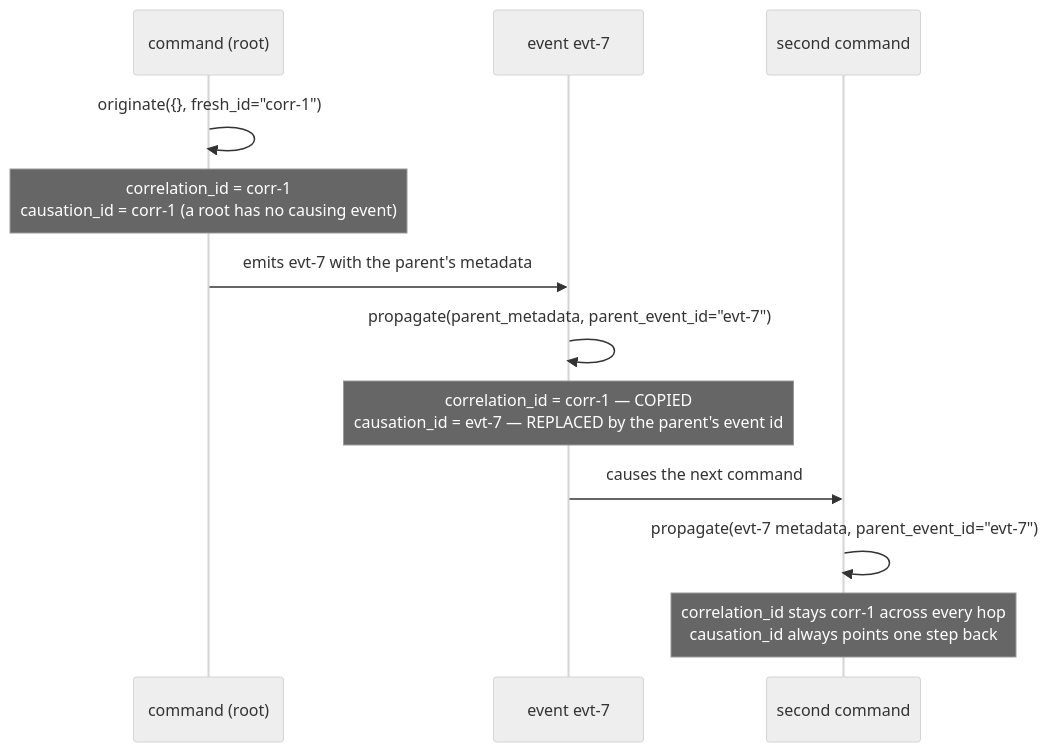
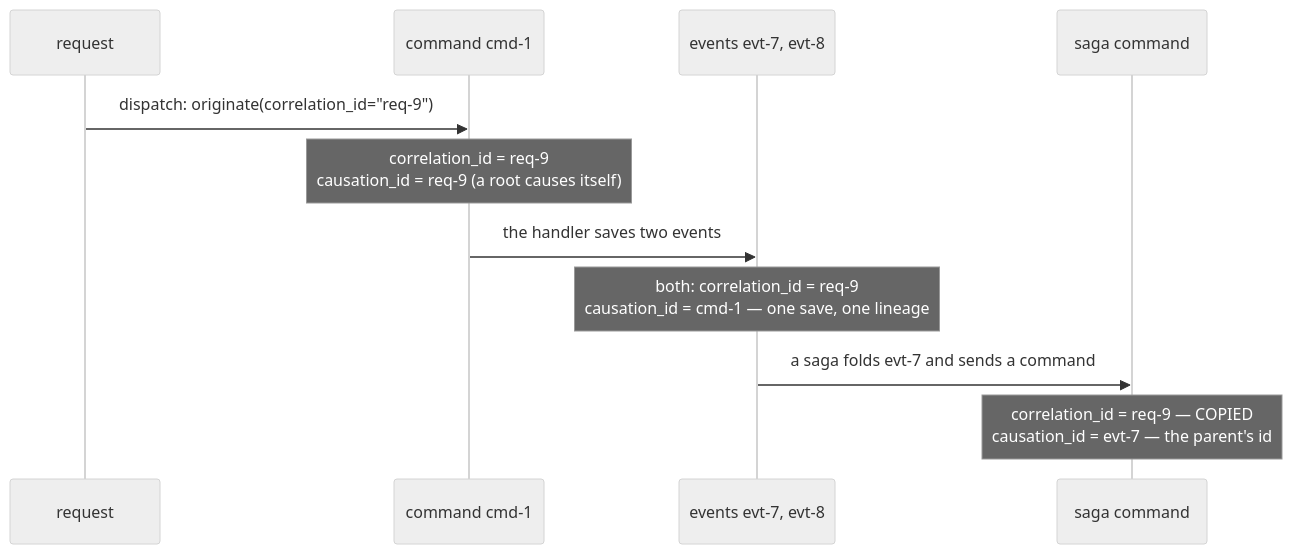
One commit to haskian/edax changed the second of 2 diagrams in docs/kernels/event.md. Above: the diagram before and after it, drawn with Mermaid (neutral theme). The commit also changed other lines of this file and 175 other files, not shown here.

````diff
--- a/docs/kernels/event.md
+++ b/docs/kernels/event.md
@@ -356,14 +398,13 @@
 ```mermaid
 sequenceDiagram
-  participant C1 as command (root)
-  participant E as event evt-7
-  participant C2 as second command
-  C1->>C1: originate({}, fresh_id="corr-1")
-  Note over C1: correlation_id = corr-1<br/>causation_id = corr-1 (a root has no causing event)
-  C1->>E: emits evt-7 with the parent's metadata
-  E->>E: propagate(parent_metadata, parent_event_id="evt-7")
-  Note over E: correlation_id = corr-1 — COPIED<br/>causation_id = evt-7 — REPLACED by the parent's event id
-  E->>C2: causes the next command
-  C2->>C2: propagate(evt-7 metadata, parent_event_id="evt-7")
-  Note over C2: correlation_id stays corr-1 across every hop<br/>causation_id always points one step back
+  participant R as request
+  participant C as command cmd-1
+  participant E as events evt-7, evt-8
+  participant S as saga command
+  R->>C: dispatch: originate(correlation_id="req-9")
+  Note over C: correlation_id = req-9<br/>causation_id = req-9 (a root causes itself)
+  C->>E: the handler saves two events
+  Note over E: both: correlation_id = req-9<br/>causation_id = cmd-1 — one save, one lineage
+  E->>S: a saga folds evt-7 and sends a command
+  Note over S: correlation_id = req-9 — COPIED<br/>causation_id = evt-7 — the parent's id
 ```
````
